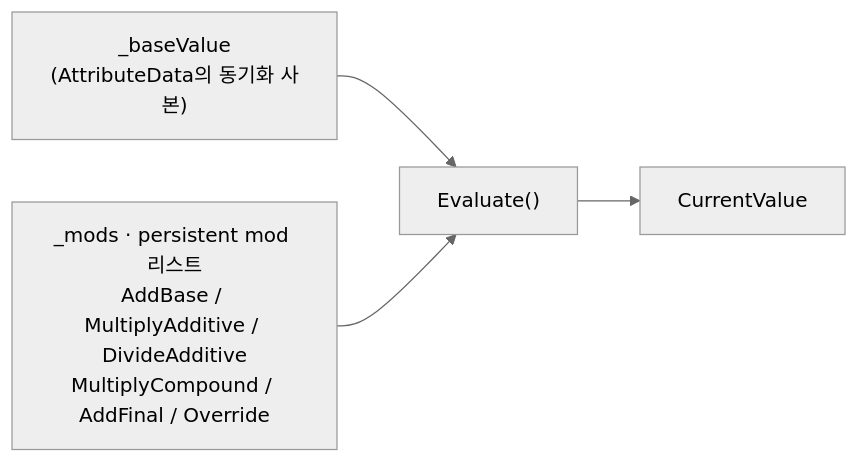
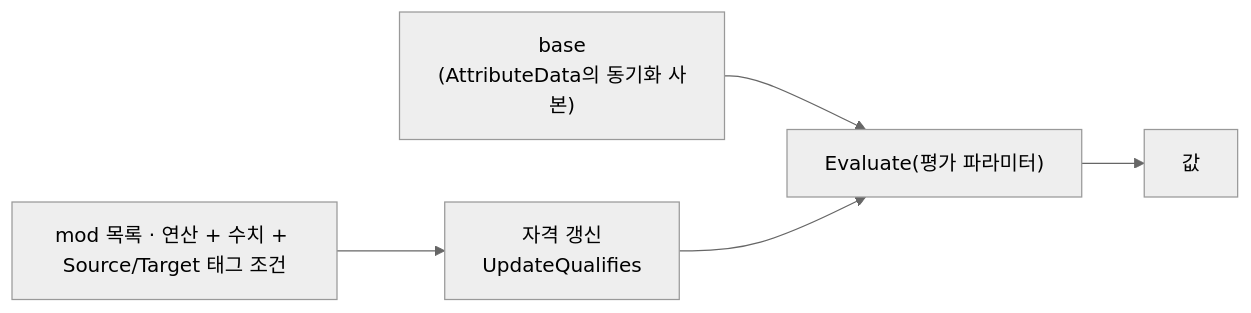
The first of 2 diagrams in dev-docs/project/architecture/ability-system/aggregator.md (hanaaple/AbilitySystem-For-Unity), drawn with Mermaid (neutral theme) before and after one commit. The commit also changed other lines of this file and 862 other files, not shown here.

````diff
--- a/dev-docs/project/architecture/ability-system/aggregator.md
+++ b/dev-docs/project/architecture/ability-system/aggregator.md
@@ -18,6 +18,7 @@
 ```mermaid
 flowchart LR
-    BASE["_baseValue<br/>(AttributeData의 동기화 사본)"] --> EVAL["Evaluate()"]
-    MODS["_mods · persistent mod 리스트<br/>AddBase / MultiplyAdditive / DivideAdditive<br/>MultiplyCompound / AddFinal / Override"] --> EVAL
-    EVAL --> CV["CurrentValue"]
+    BASE["base<br/>(AttributeData의 동기화 사본)"] --> EVAL["Evaluate(평가 파라미터)"]
+    MODS["mod 목록 · 연산 + 수치 + Source/Target 태그 조건"] --> Q["자격 갱신<br/>UpdateQualifies"]
+    Q --> EVAL
+    EVAL --> CV["값"]
 ```
````
